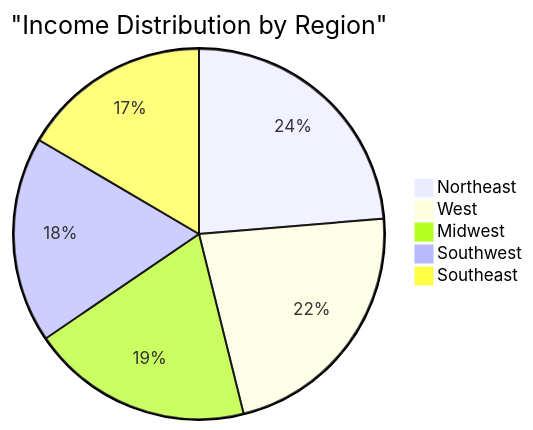
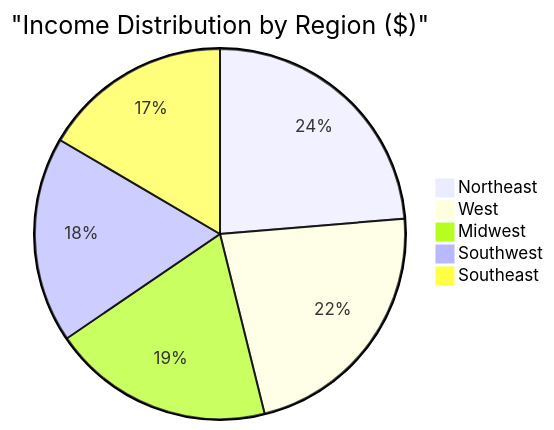
One commit to tzolkowski96/tzolkowski96 changed the first of 14 diagrams in us-household-income-analysis/README.md. Above: the diagram before and after it, drawn with Mermaid. The commit also changed other lines of this file, not shown here.

````diff
--- a/us-household-income-analysis/README.md
+++ b/us-household-income-analysis/README.md
@@ -57,9 +57,9 @@
 ```mermaid
 pie
-    title "Income Distribution by Region"
+    title "Income Distribution by Region ($)"
     "Northeast" : 102068
     "West" : 96742
     "Midwest" : 83405
     "Southwest" : 77494
     "Southeast" : 71307
 ```
````
